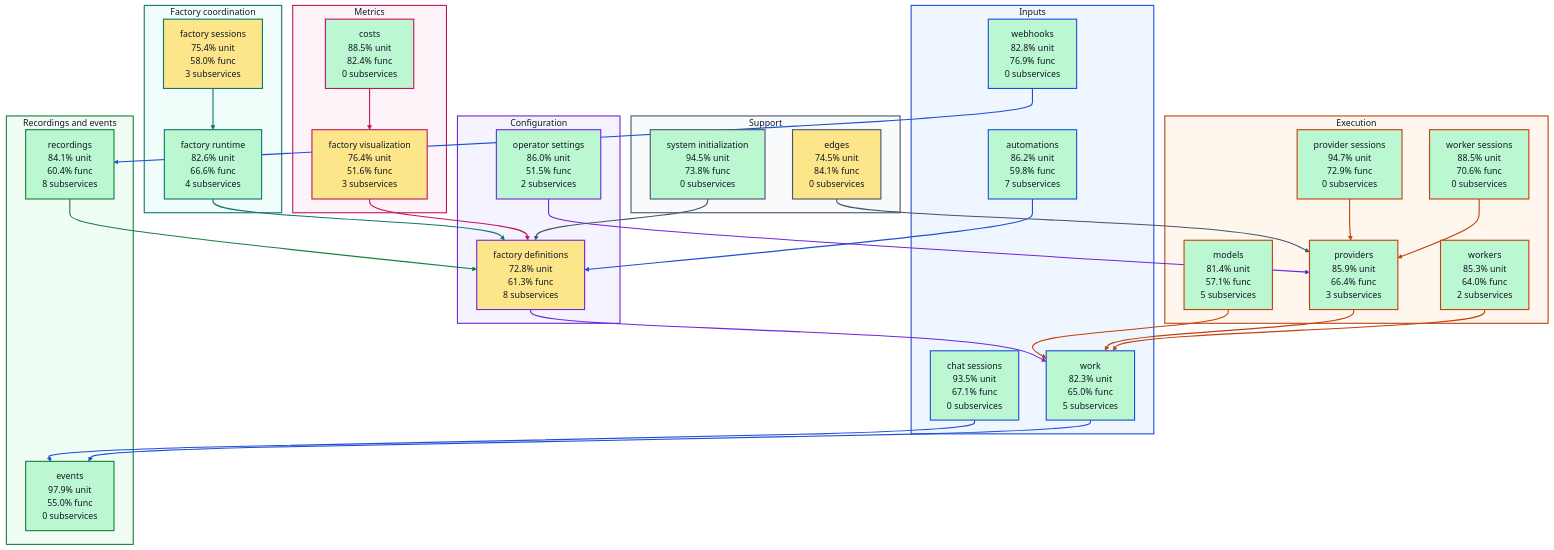
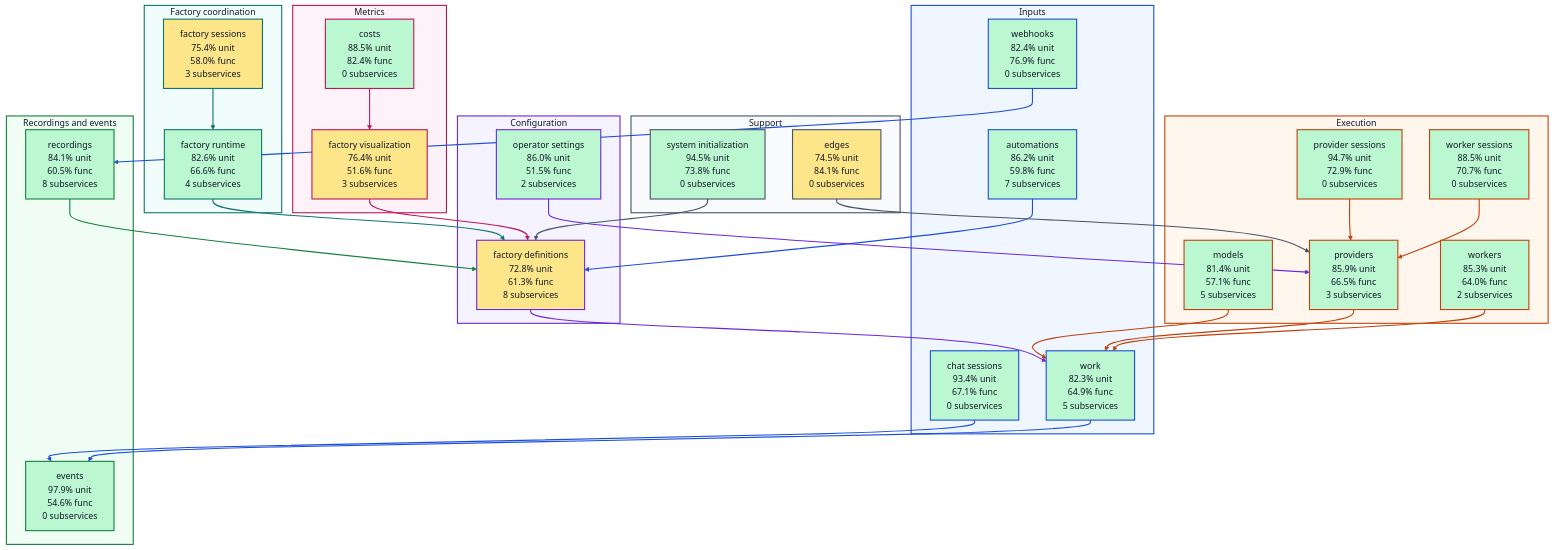
The diagram in docs/architecture/visualizations/high-level-test-coverage.md (portpowered/you-agent-factory), drawn with Mermaid (base theme) before and after one commit. The commit also changed other lines of this file and 19 other files, not shown here.

Commit message:
docs: refresh backend architecture visualizations

```diff
--- a/docs/architecture/visualizations/high-level-test-coverage.md
+++ b/docs/architecture/visualizations/high-level-test-coverage.md
@@ -12,9 +12,9 @@
 flowchart TB
   subgraph input["Inputs"]
     s_services_automations["automations<br/>86.2% unit<br/>59.8% func<br/>7 subservices"]
-    s_services_chat_sessions["chat sessions<br/>93.5% unit<br/>67.1% func<br/>0 subservices"]
-    s_services_webhooks["webhooks<br/>82.8% unit<br/>76.9% func<br/>0 subservices"]
-    s_services_work["work<br/>82.3% unit<br/>65.0% func<br/>5 subservices"]
+    s_services_chat_sessions["chat sessions<br/>93.4% unit<br/>67.1% func<br/>0 subservices"]
+    s_services_webhooks["webhooks<br/>82.4% unit<br/>76.9% func<br/>0 subservices"]
+    s_services_work["work<br/>82.3% unit<br/>64.9% func<br/>5 subservices"]
   end
   subgraph configuration["Configuration"]
     s_services_factory_definitions["factory definitions<br/>72.8% unit<br/>61.3% func<br/>8 subservices"]
@@ -27,13 +27,13 @@
   subgraph execution["Execution"]
     s_services_models["models<br/>81.4% unit<br/>57.1% func<br/>5 subservices"]
     s_services_provider_sessions["provider sessions<br/>94.7% unit<br/>72.9% func<br/>0 subservices"]
-    s_services_providers["providers<br/>85.9% unit<br/>66.4% func<br/>3 subservices"]
-    s_services_worker_sessions["worker sessions<br/>88.5% unit<br/>70.6% func<br/>0 subservices"]
+    s_services_providers["providers<br/>85.9% unit<br/>66.5% func<br/>3 subservices"]
+    s_services_worker_sessions["worker sessions<br/>88.5% unit<br/>70.7% func<br/>0 subservices"]
     s_services_workers["workers<br/>85.3% unit<br/>64.0% func<br/>2 subservices"]
   end
   subgraph recordings["Recordings and events"]
-    s_services_events["events<br/>97.9% unit<br/>55.0% func<br/>0 subservices"]
-    s_services_recordings["recordings<br/>84.1% unit<br/>60.4% func<br/>8 subservices"]
+    s_services_events["events<br/>97.9% unit<br/>54.6% func<br/>0 subservices"]
+    s_services_recordings["recordings<br/>84.1% unit<br/>60.5% func<br/>8 subservices"]
   end
   subgraph metrics["Metrics"]
     s_services_costs["costs<br/>88.5% unit<br/>82.4% func<br/>0 subservices"]
```
